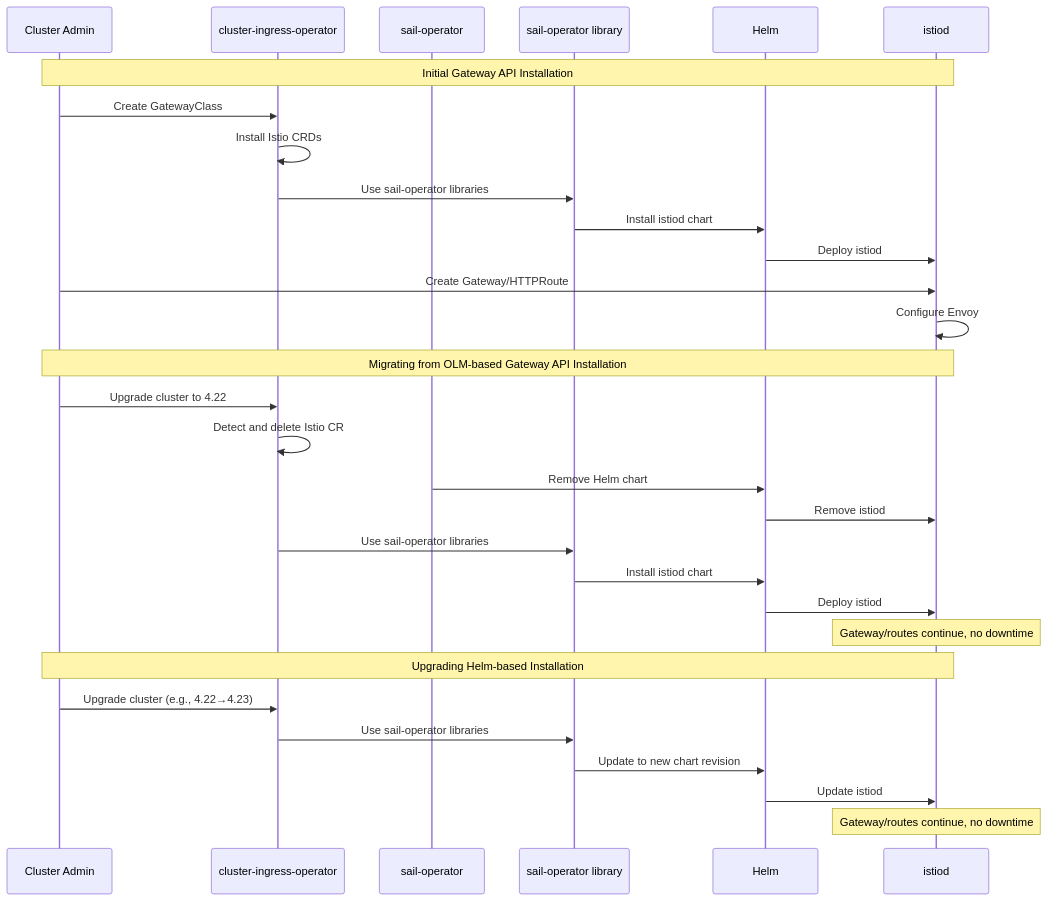
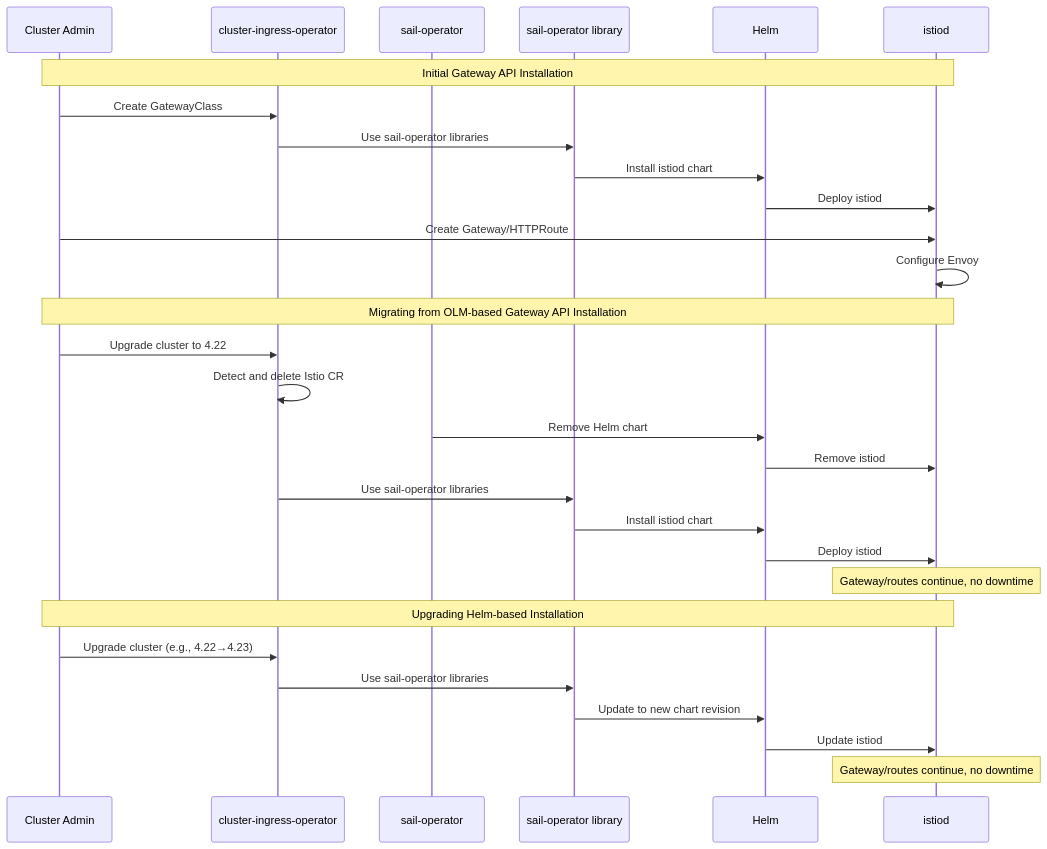
Before and after one commit to openshift/enhancements: the diagram in enhancements/ingress/gateway-api-without-olm.md, drawn with Mermaid. The commit also changed other lines of this file, not shown here.

````diff
--- a/enhancements/ingress/gateway-api-without-olm.md
+++ b/enhancements/ingress/gateway-api-without-olm.md
@@ -182,35 +169,34 @@
 ```mermaid
 sequenceDiagram
     participant Admin as Cluster Admin
     participant CIO as cluster-ingress-operator
     participant SO as sail-operator
     participant Sail as sail-operator library
     participant Helm as Helm
     participant Istiod as istiod
 
     Note over Admin,Istiod: Initial Gateway API Installation
     Admin->>CIO: Create GatewayClass
-    CIO->>CIO: Install Istio CRDs
     CIO->>Sail: Use sail-operator libraries
     Sail->>Helm: Install istiod chart
     Helm->>Istiod: Deploy istiod
     Admin->>Istiod: Create Gateway/HTTPRoute
     Istiod->>Istiod: Configure Envoy
 
     Note over Admin,Istiod: Migrating from OLM-based Gateway API Installation
     Admin->>CIO: Upgrade cluster to 4.22
     CIO->>CIO: Detect and delete Istio CR
     SO->>Helm: Remove Helm chart
     Helm->>Istiod: Remove istiod
     CIO->>Sail: Use sail-operator libraries
     Sail->>Helm: Install istiod chart
     Helm->>Istiod: Deploy istiod
     Note over Istiod: Gateway/routes continue, no downtime
 
     Note over Admin,Istiod: Upgrading Helm-based Installation
     Admin->>CIO: Upgrade cluster (e.g., 4.22→4.23)
     CIO->>Sail: Use sail-operator libraries
     Sail->>Helm: Update to new chart revision
     Helm->>Istiod: Update istiod
     Note over Istiod: Gateway/routes continue, no downtime
 ```
````
